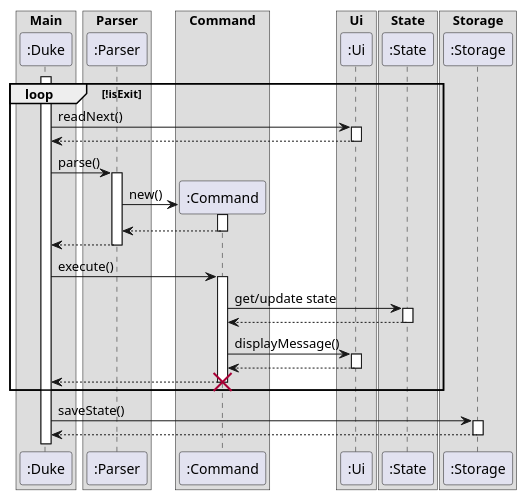
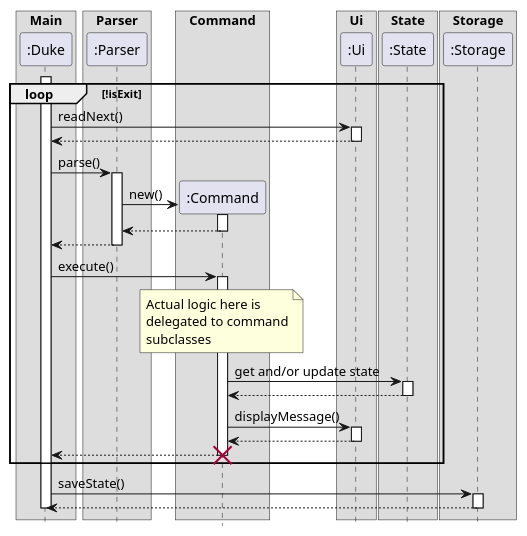
Before and after one commit to nus-cs2113-AY2223S1/tp: the diagram in docs/UMLdiagrams/mainProgramFlow.puml, drawn with PlantUML. The commit also changed 1 other file, not shown here.

Commit message:
Update main sequence diagram

```diff
--- a/docs/UMLdiagrams/mainProgramFlow.puml
+++ b/docs/UMLdiagrams/mainProgramFlow.puml
@@ -1,54 +1,57 @@
 @startuml
+hide footbox
 box Main
 Participant ":Duke" as Duke
 end box
 box Parser
 Participant ":Parser" as Parser
 end box
 box Command
 Participant ":Command" as Command
 end box
 box Ui
 Participant ":Ui" as Ui
 end box
 box State
 Participant ":State" as State
 end box
 box Storage
 Participant ":Storage" as Storage
 end box
 
 activate Duke
 group loop [!isExit]
 Duke -> Ui : readNext()
 activate Ui
 Ui --> Duke
 deactivate Ui
 Duke -> Parser : parse()
 activate Parser
 create Command
 Parser -> Command : new()
 activate Command
 Command --> Parser
 deactivate Command
 Parser --> Duke
 deactivate Parser
 Duke -> Command : execute()
 activate Command
-Command -> State : get/update state
+note over Command: Actual logic here is \ndelegated to command\nsubclasses
+Command -> State : get and/or update state
 activate State
 State --> Command
 deactivate State
 Command -> Ui : displayMessage()
 activate Ui
 Ui --> Command
 deactivate Ui
 Command --> Duke
 deactivate Command
 destroy Command
 end
 Duke -> Storage : saveState()
 activate Storage
 Storage --> Duke
 deactivate Storage
+deactivate Duke
 @enduml
```
